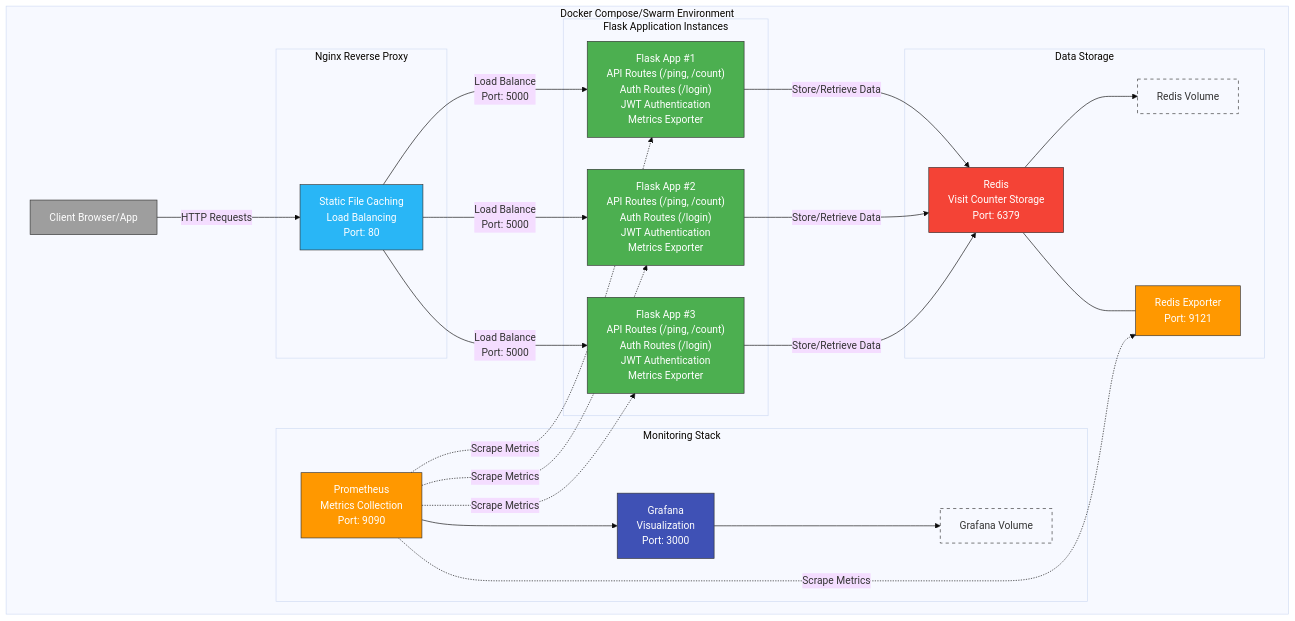
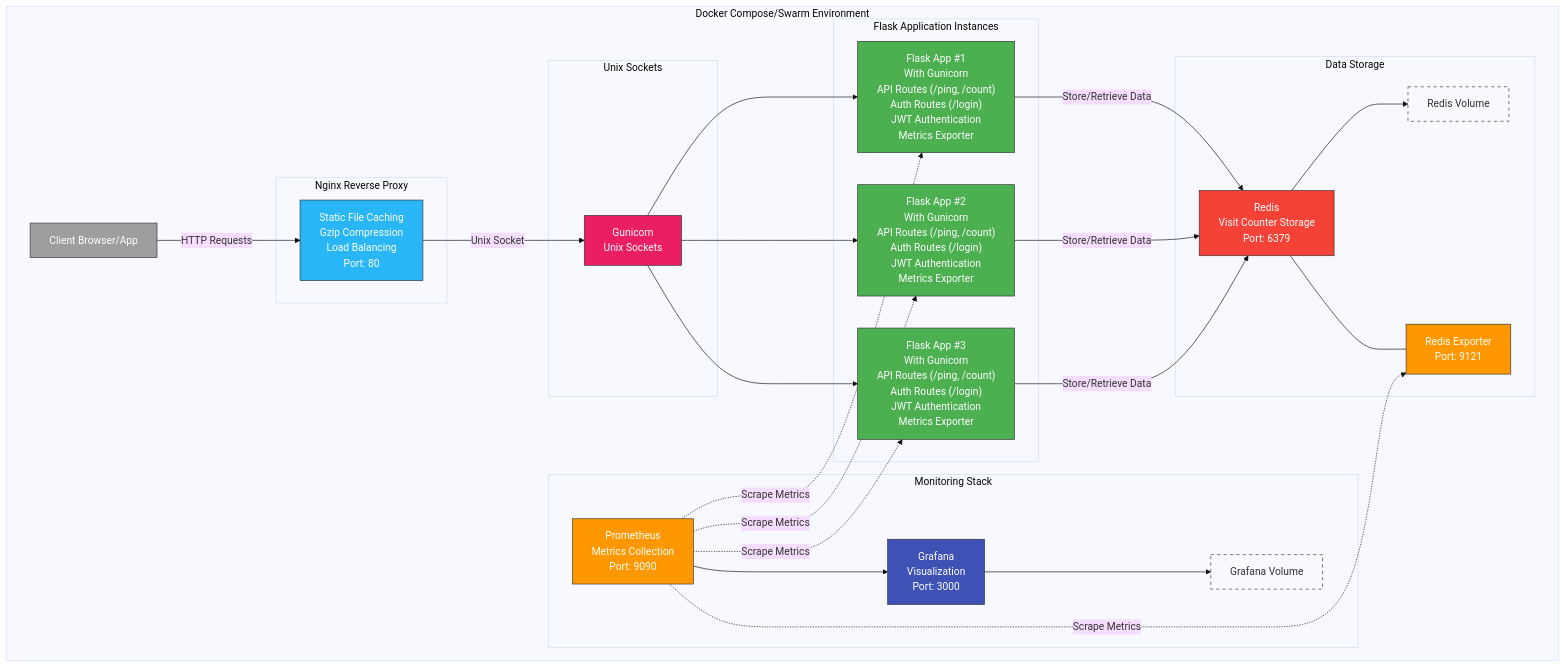
Before and after one commit to PavelMetelsky/Flask-app: the diagram in README.md, drawn with Mermaid (base theme). The commit also changed other lines of this file and 18 other files, not shown here.

````diff
--- a/README.md
+++ b/README.md
@@ -5,57 +5,63 @@
 ```mermaid
 flowchart TD
     classDef client fill:#9E9E9E,color:white,stroke:#333
     classDef nginx fill:#29B6F6,color:white,stroke:#333
     classDef flask fill:#4CAF50,color:white,stroke:#333
     classDef redis fill:#F44336,color:white,stroke:#333
     classDef prom fill:#FF9800,color:white,stroke:#333
     classDef grafana fill:#3F51B5,color:white,stroke:#333
     classDef volume fill:none,stroke:#333,stroke-dasharray: 5 5
+    classDef socket fill:#E91E63,color:white,stroke:#333
     
     subgraph Docker["Docker Compose/Swarm Environment"]
         CLIENT[Client Browser/App]:::client
         
         subgraph NGINX["Nginx Reverse Proxy"]
-            NGINX_PROXY["Static File Caching<br>Load Balancing<br>Port: 80"]:::nginx
+            NGINX_PROXY["Static File Caching<br>Gzip Compression<br>Load Balancing<br>Port: 80"]:::nginx
+        end
+        
+        subgraph SOCKET["Unix Sockets"]
+            UNIX_SOCKET["Gunicorn<br>Unix Sockets"]:::socket
         end
         
         subgraph FLASK_APPS["Flask Application Instances"]
-            FLASK1["Flask App #1<br>API Routes (/ping, /count)<br>Auth Routes (/login)<br>JWT Authentication<br>Metrics Exporter"]:::flask
-            FLASK2["Flask App #2<br>API Routes (/ping, /count)<br>Auth Routes (/login)<br>JWT Authentication<br>Metrics Exporter"]:::flask
-            FLASK3["Flask App #3<br>API Routes (/ping, /count)<br>Auth Routes (/login)<br>JWT Authentication<br>Metrics Exporter"]:::flask
+            FLASK1["Flask App #1<br>With Gunicorn<br>API Routes (/ping, /count)<br>Auth Routes (/login)<br>JWT Authentication<br>Metrics Exporter"]:::flask
+            FLASK2["Flask App #2<br>With Gunicorn<br>API Routes (/ping, /count)<br>Auth Routes (/login)<br>JWT Authentication<br>Metrics Exporter"]:::flask
+            FLASK3["Flask App #3<br>With Gunicorn<br>API Routes (/ping, /count)<br>Auth Routes (/login)<br>JWT Authentication<br>Metrics Exporter"]:::flask
         end
         
         subgraph REDIS_STORE["Data Storage"]
             REDIS["Redis<br>Visit Counter Storage<br>Port: 6379"]:::redis
             REDIS_VOL["Redis Volume"]:::volume
             REDIS_EXP["Redis Exporter<br>Port: 9121"]:::prom
         end
         
         subgraph MONITORING["Monitoring Stack"]
             PROM["Prometheus<br>Metrics Collection<br>Port: 9090"]:::prom
             GRAFANA["Grafana<br>Visualization<br>Port: 3000"]:::grafana
             GRAFANA_VOL["Grafana Volume"]:::volume
         end
         
         %% Connections
         CLIENT --> |HTTP Requests| NGINX_PROXY
-        NGINX_PROXY --> |Load Balance<br>Port: 5000| FLASK1
-        NGINX_PROXY --> |Load Balance<br>Port: 5000| FLASK2
-        NGINX_PROXY --> |Load Balance<br>Port: 5000| FLASK3
+        NGINX_PROXY --> |Unix Socket| UNIX_SOCKET
+        UNIX_SOCKET --> FLASK1
+        UNIX_SOCKET --> FLASK2
+        UNIX_SOCKET --> FLASK3
         
         FLASK1 --> |Store/Retrieve Data| REDIS
         FLASK2 --> |Store/Retrieve Data| REDIS
         FLASK3 --> |Store/Retrieve Data| REDIS
         
         REDIS --> REDIS_VOL
         REDIS --- REDIS_EXP
         
         PROM -.->|Scrape Metrics| FLASK1
         PROM -.->|Scrape Metrics| FLASK2
         PROM -.->|Scrape Metrics| FLASK3
         PROM -.->|Scrape Metrics| REDIS_EXP
         
         PROM --> GRAFANA
         GRAFANA --> GRAFANA_VOL
     end
   ```
````
